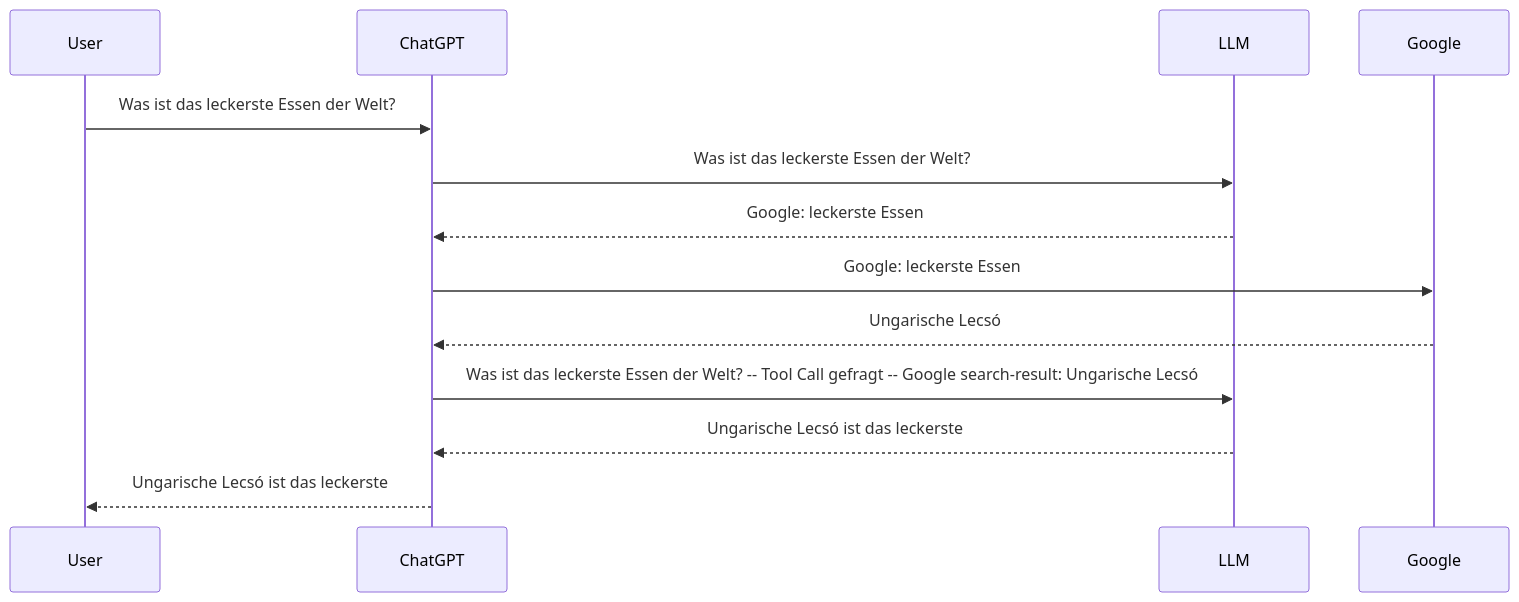
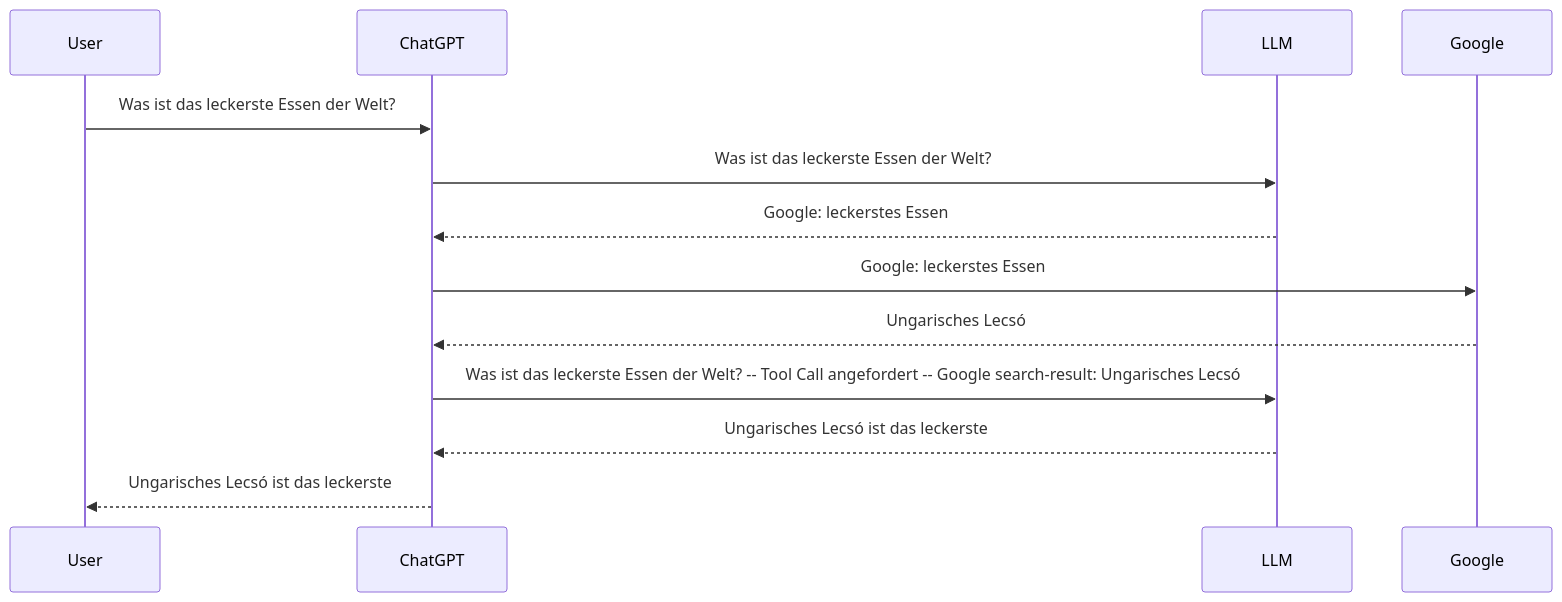
Before and after one commit to FausztBenedek/fcb-presentation-ki-workflow: the ninth of 10 diagrams in slides.md, drawn with Mermaid. The commit also changed other lines of this file, not shown here.

Commit message:
Chat GPT fixes

````diff
--- a/slides.md
+++ b/slides.md
@@ -686,16 +676,16 @@
 ```mermaid
 sequenceDiagram
     participant User
     participant ChatGPT
     participant LLM
     participant Google
     User->>ChatGPT: Was ist das leckerste Essen der Welt?
     ChatGPT->>LLM: Was ist das leckerste Essen der Welt?
-    LLM-->>ChatGPT: Google: leckerste Essen
-    ChatGPT->>Google: Google: leckerste Essen
-    Google-->>ChatGPT: Ungarische Lecsó
-    ChatGPT->>LLM: Was ist das leckerste Essen der Welt? -- Tool Call gefragt -- Google search-result: Ungarische Lecsó
-    LLM-->>ChatGPT: Ungarische Lecsó ist das leckerste
-    ChatGPT-->>User: Ungarische Lecsó ist das leckerste
+    LLM-->>ChatGPT: Google: leckerstes Essen
+    ChatGPT->>Google: Google: leckerstes Essen
+    Google-->>ChatGPT: Ungarisches Lecsó
+    ChatGPT->>LLM: Was ist das leckerste Essen der Welt? -- Tool Call angefordert -- Google search-result: Ungarisches Lecsó
+    LLM-->>ChatGPT: Ungarisches Lecsó ist das leckerste
+    ChatGPT-->>User: Ungarisches Lecsó ist das leckerste
 
 ```
````
